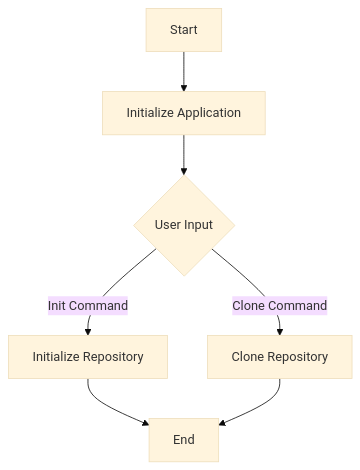
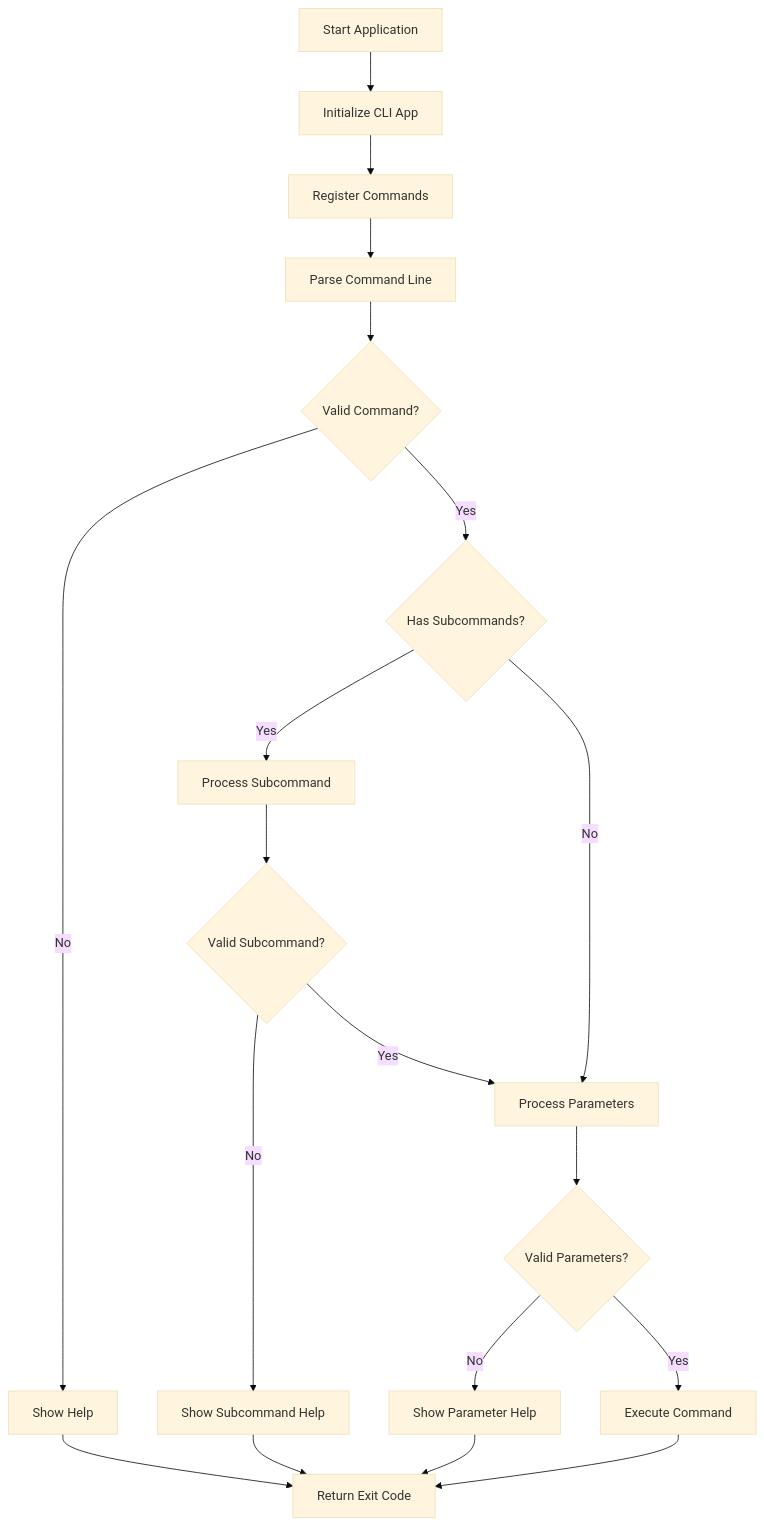
Before and after one commit to ikelaiah/cli-fp: the first of 2 diagrams in docs/beginners-guide.md, drawn with Mermaid (base theme). The commit also changed other lines of this file and 1 other file, not shown here.

Commit message:
Update - Added necessary charts

````diff
--- a/docs/beginners-guide.md
+++ b/docs/beginners-guide.md
@@ -82,9 +83,21 @@
 ```mermaid
-   flowchart TD
-       A[Start] --> B[Initialize Application]
-       B --> C{User Input}
-       C -->|Init Command| D[Initialize Repository]
-       C -->|Clone Command| E[Clone Repository]
-       D --> F[End]
-       E --> F
+flowchart TD
+    A[Start Application] --> B[Initialize CLI App]
+    B --> C[Register Commands]
+    C --> D[Parse Command Line]
+    D --> E{Valid Command?}
+    E -->|No| F[Show Help]
+    E -->|Yes| G{Has Subcommands?}
+    G -->|Yes| H[Process Subcommand]
+    H --> I{Valid Subcommand?}
+    I -->|No| J[Show Subcommand Help]
+    I -->|Yes| K[Process Parameters]
+    G -->|No| K
+    K --> L{Valid Parameters?}
+    L -->|No| M[Show Parameter Help]
+    L -->|Yes| N[Execute Command]
+    N --> O[Return Exit Code]
+    F --> O
+    J --> O
+    M --> O
 ```
````
